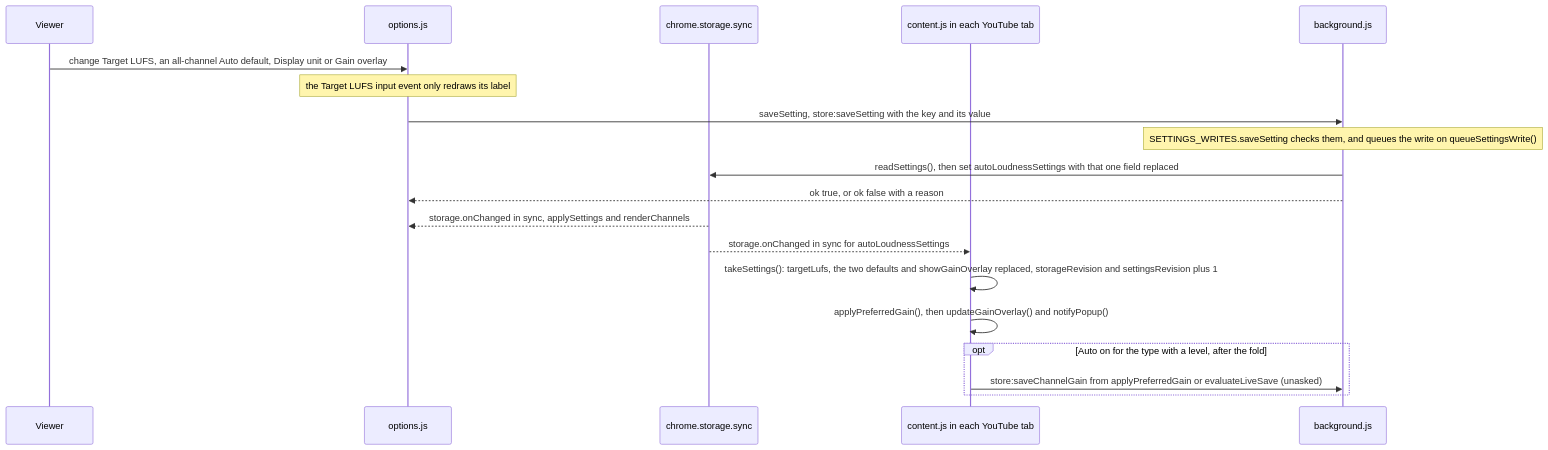
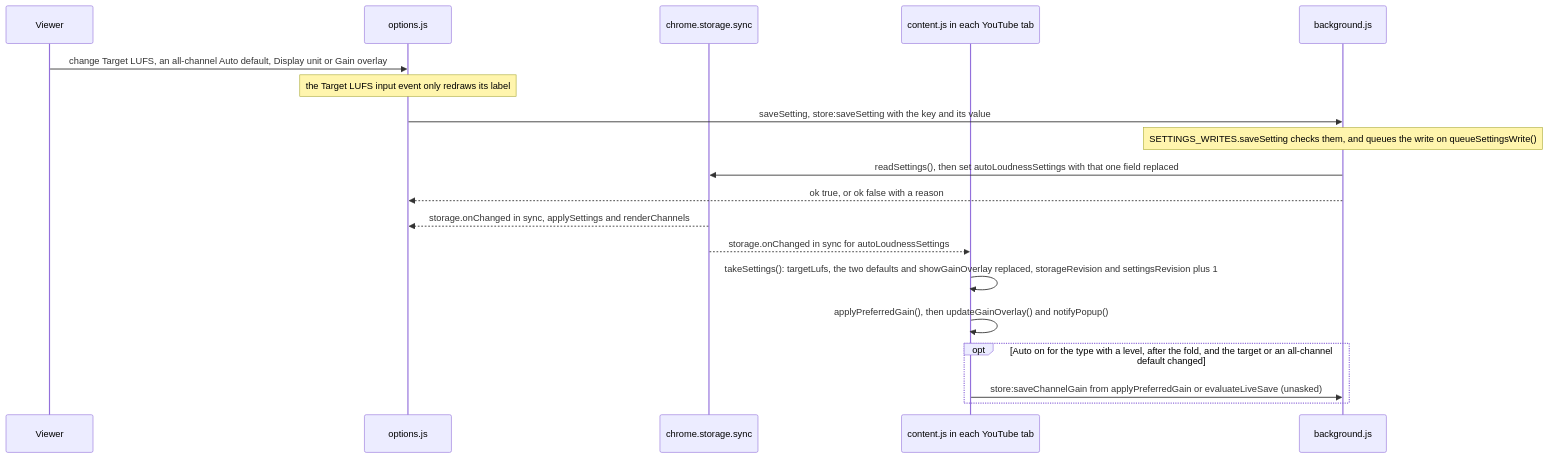
Before and after one commit to semnil/yt-channel-volume: diagram 13 of 14 in docs/gain-change-and-save.md, drawn with Mermaid. The commit also changed other lines of this file and 5 other files, not shown here.

First line of the commit message:
perf: make Auto's save on a settings change only for the target or a default

````diff
--- a/docs/gain-change-and-save.md
+++ b/docs/gain-change-and-save.md
@@ -633,21 +633,21 @@
 ```mermaid
 sequenceDiagram
   participant V as Viewer
   participant O as options.js
   participant S as chrome.storage.sync
   participant C as content.js in each YouTube tab
   participant W as background.js
   V->>O: change Target LUFS, an all-channel Auto default, Display unit or Gain overlay
   Note over O: the Target LUFS input event only redraws its label
   O->>W: saveSetting, store:saveSetting with the key and its value
   Note over W: SETTINGS_WRITES.saveSetting checks them, and queues the write on queueSettingsWrite()
   W->>S: readSettings(), then set autoLoudnessSettings with that one field replaced
   W-->>O: ok true, or ok false with a reason
   S-->>O: storage.onChanged in sync, applySettings and renderChannels
   S-->>C: storage.onChanged in sync for autoLoudnessSettings
   C->>C: takeSettings(): targetLufs, the two defaults and showGainOverlay replaced, storageRevision and settingsRevision plus 1
   C->>C: applyPreferredGain(), then updateGainOverlay() and notifyPopup()
-  opt Auto on for the type with a level, after the fold
+  opt Auto on for the type with a level, after the fold, and the target or an all-channel default changed
     C->>W: store:saveChannelGain from applyPreferredGain or evaluateLiveSave (unasked)
   end
 ```
````
